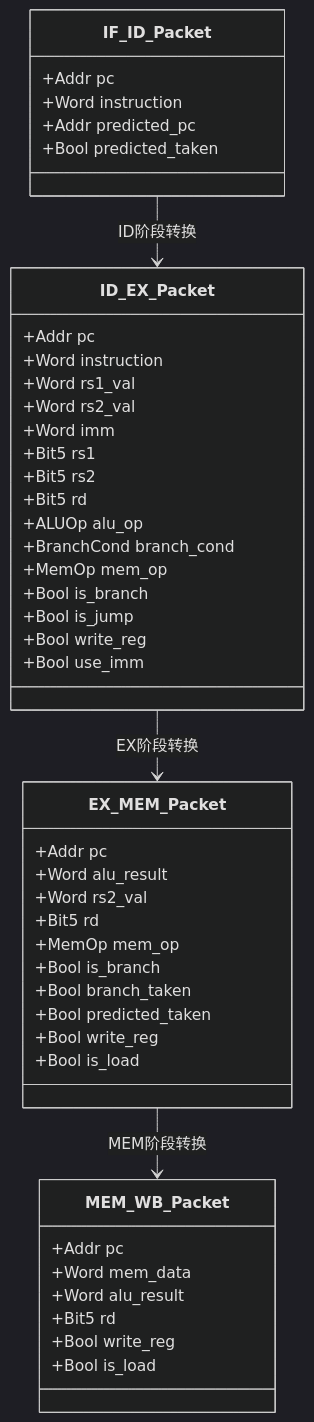
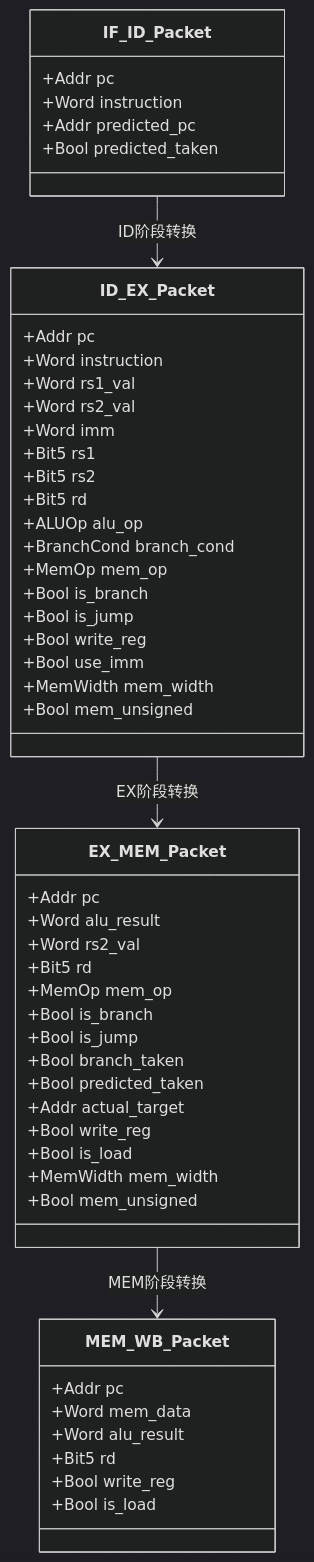
One commit to daivy2333/riscv-bsv-processor changed the second of 3 diagrams in docs/cpu-pipeline-architecture.md. Above: the diagram before and after it, drawn with Mermaid (dark theme). The commit also changed other lines of this file and 6 other files, not shown here.

````diff
--- a/docs/cpu-pipeline-architecture.md
+++ b/docs/cpu-pipeline-architecture.md
@@ -60,53 +60,59 @@
 ```mermaid
 classDiagram
     class IF_ID_Packet {
         +Addr pc
         +Word instruction
         +Addr predicted_pc
         +Bool predicted_taken
     }
 
     class ID_EX_Packet {
         +Addr pc
         +Word instruction
         +Word rs1_val
         +Word rs2_val
         +Word imm
         +Bit5 rs1
         +Bit5 rs2
         +Bit5 rd
         +ALUOp alu_op
         +BranchCond branch_cond
         +MemOp mem_op
         +Bool is_branch
         +Bool is_jump
         +Bool write_reg
         +Bool use_imm
+        +MemWidth mem_width
+        +Bool mem_unsigned
     }
 
     class EX_MEM_Packet {
         +Addr pc
         +Word alu_result
         +Word rs2_val
         +Bit5 rd
         +MemOp mem_op
         +Bool is_branch
+        +Bool is_jump
         +Bool branch_taken
         +Bool predicted_taken
+        +Addr actual_target
         +Bool write_reg
         +Bool is_load
+        +MemWidth mem_width
+        +Bool mem_unsigned
     }
 
     class MEM_WB_Packet {
         +Addr pc
         +Word mem_data
         +Word alu_result
         +Bit5 rd
         +Bool write_reg
         +Bool is_load
     }
 
     IF_ID_Packet --> ID_EX_Packet : ID阶段转换
     ID_EX_Packet --> EX_MEM_Packet : EX阶段转换
     EX_MEM_Packet --> MEM_WB_Packet : MEM阶段转换
 ```
````
